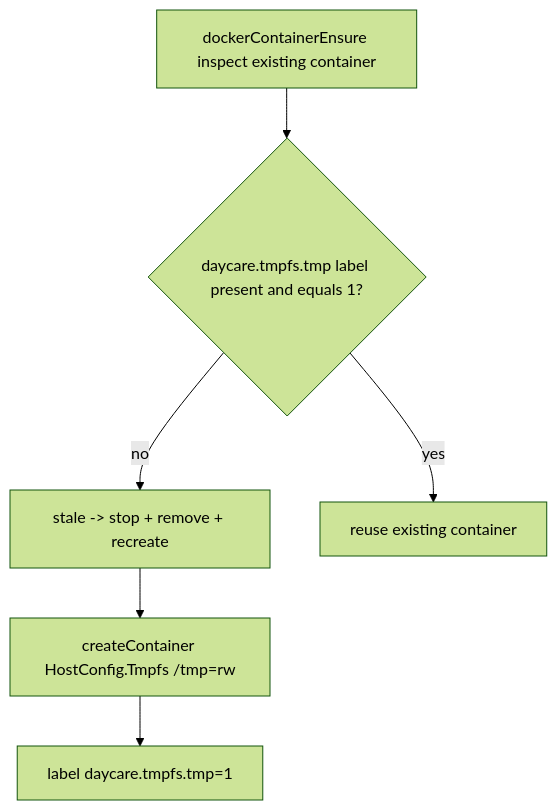
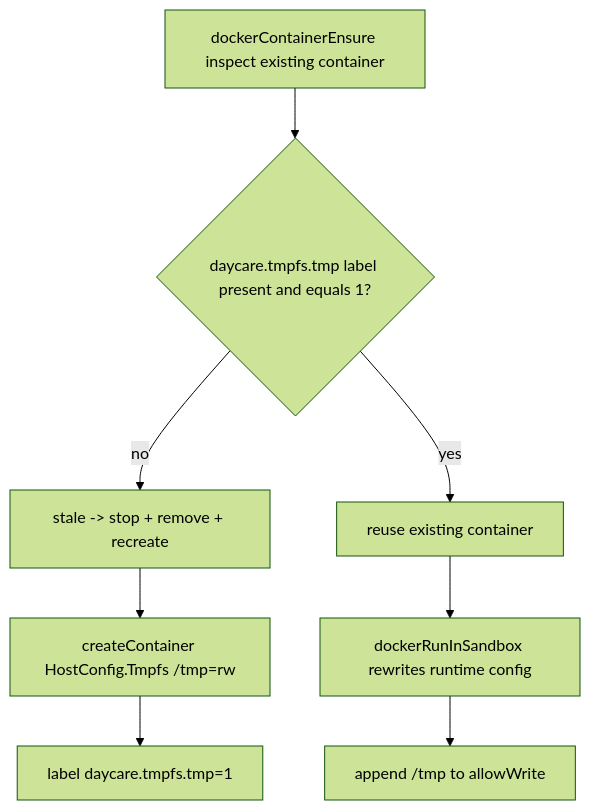
Before and after one commit to ex3ndr/daycare: the diagram in doc/internals/docker-tmpfs-tmp.md, drawn with Mermaid (forest theme). The commit also changed other lines of this file and 4 other files, not shown here.

Commit message:
fix(docker): allow /tmp writes in srt policy

````diff
--- a/doc/internals/docker-tmpfs-tmp.md
+++ b/doc/internals/docker-tmpfs-tmp.md
@@ -13,8 +14,10 @@
 ```mermaid
 flowchart TD
     A[dockerContainerEnsure inspect existing container] --> B{daycare.tmpfs.tmp label present and equals 1?}
     B -- no --> C[stale -> stop + remove + recreate]
     B -- yes --> D[reuse existing container]
     C --> E[createContainer HostConfig.Tmpfs /tmp=rw]
     E --> F[label daycare.tmpfs.tmp=1]
+    D --> G[dockerRunInSandbox rewrites runtime config]
+    G --> H[append /tmp to allowWrite]
 ```
````
